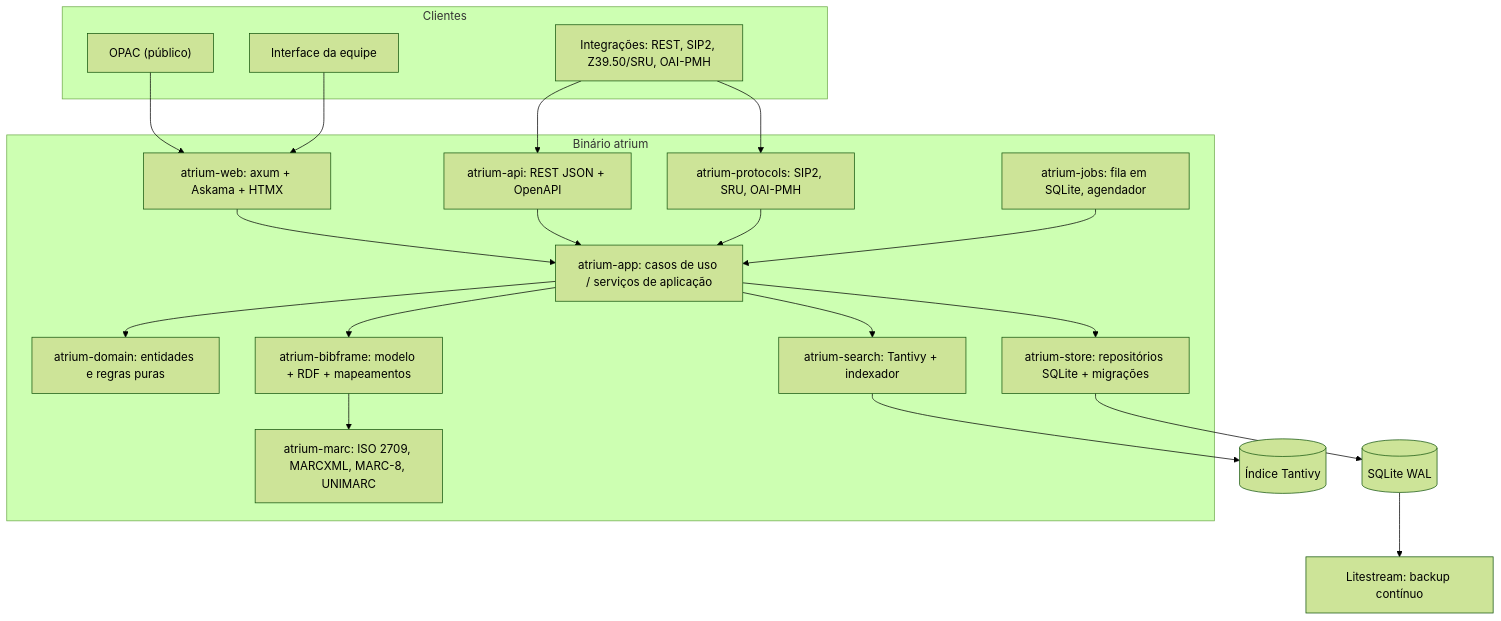
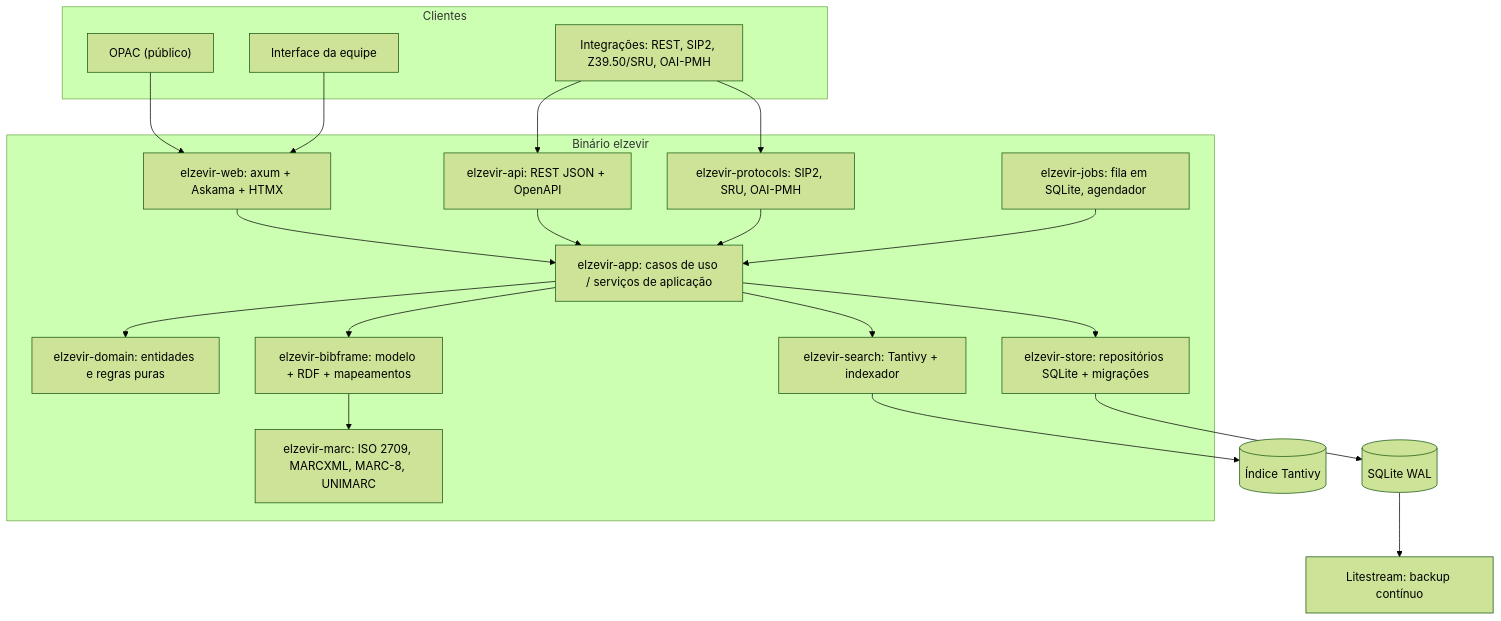
One commit to PauloFBaldiFH/Atrium changed the first of 4 diagrams in docs/arquitetura/01-avaliacao-da-arquitetura.md. Above: the diagram before and after it, drawn with Mermaid (forest theme). The commit also changed other lines of this file and 169 other files, not shown here.

First line of the commit message:
refactor: renomeia o projeto de Atrium para Elzevir

````diff
--- a/docs/arquitetura/01-avaliacao-da-arquitetura.md
+++ b/docs/arquitetura/01-avaliacao-da-arquitetura.md
@@ -163,42 +163,42 @@
 ```mermaid
 flowchart TB
     subgraph Clientes
         OPAC["OPAC (público)"]
         STAFF["Interface da equipe"]
         EXT["Integrações: REST, SIP2, Z39.50/SRU, OAI-PMH"]
     end
 
-    subgraph Atrium["Binário atrium"]
-        WEB["atrium-web: axum + Askama + HTMX"]
-        API["atrium-api: REST JSON + OpenAPI"]
-        PROTO["atrium-protocols: SIP2, SRU, OAI-PMH"]
-        APP["atrium-app: casos de uso / serviços de aplicação"]
-        DOM["atrium-domain: entidades e regras puras"]
-        BF["atrium-bibframe: modelo + RDF + mapeamentos"]
-        MARC["atrium-marc: ISO 2709, MARCXML, MARC-8, UNIMARC"]
-        STORE["atrium-store: repositórios SQLite + migrações"]
-        SEARCH["atrium-search: Tantivy + indexador"]
-        JOBS["atrium-jobs: fila em SQLite, agendador"]
+    subgraph Elzevir["Binário elzevir"]
+        WEB["elzevir-web: axum + Askama + HTMX"]
+        API["elzevir-api: REST JSON + OpenAPI"]
+        PROTO["elzevir-protocols: SIP2, SRU, OAI-PMH"]
+        APP["elzevir-app: casos de uso / serviços de aplicação"]
+        DOM["elzevir-domain: entidades e regras puras"]
+        BF["elzevir-bibframe: modelo + RDF + mapeamentos"]
+        MARC["elzevir-marc: ISO 2709, MARCXML, MARC-8, UNIMARC"]
+        STORE["elzevir-store: repositórios SQLite + migrações"]
+        SEARCH["elzevir-search: Tantivy + indexador"]
+        JOBS["elzevir-jobs: fila em SQLite, agendador"]
     end
 
     DB[("SQLite WAL")]
     IDX[("Índice Tantivy")]
     LS["Litestream: backup contínuo"]
 
     OPAC --> WEB
     STAFF --> WEB
     EXT --> API
     EXT --> PROTO
     WEB --> APP
     API --> APP
     PROTO --> APP
     APP --> DOM
     APP --> BF
     BF --> MARC
     APP --> STORE
     APP --> SEARCH
     JOBS --> APP
     STORE --> DB
     SEARCH --> IDX
     DB --> LS
 ```
````
